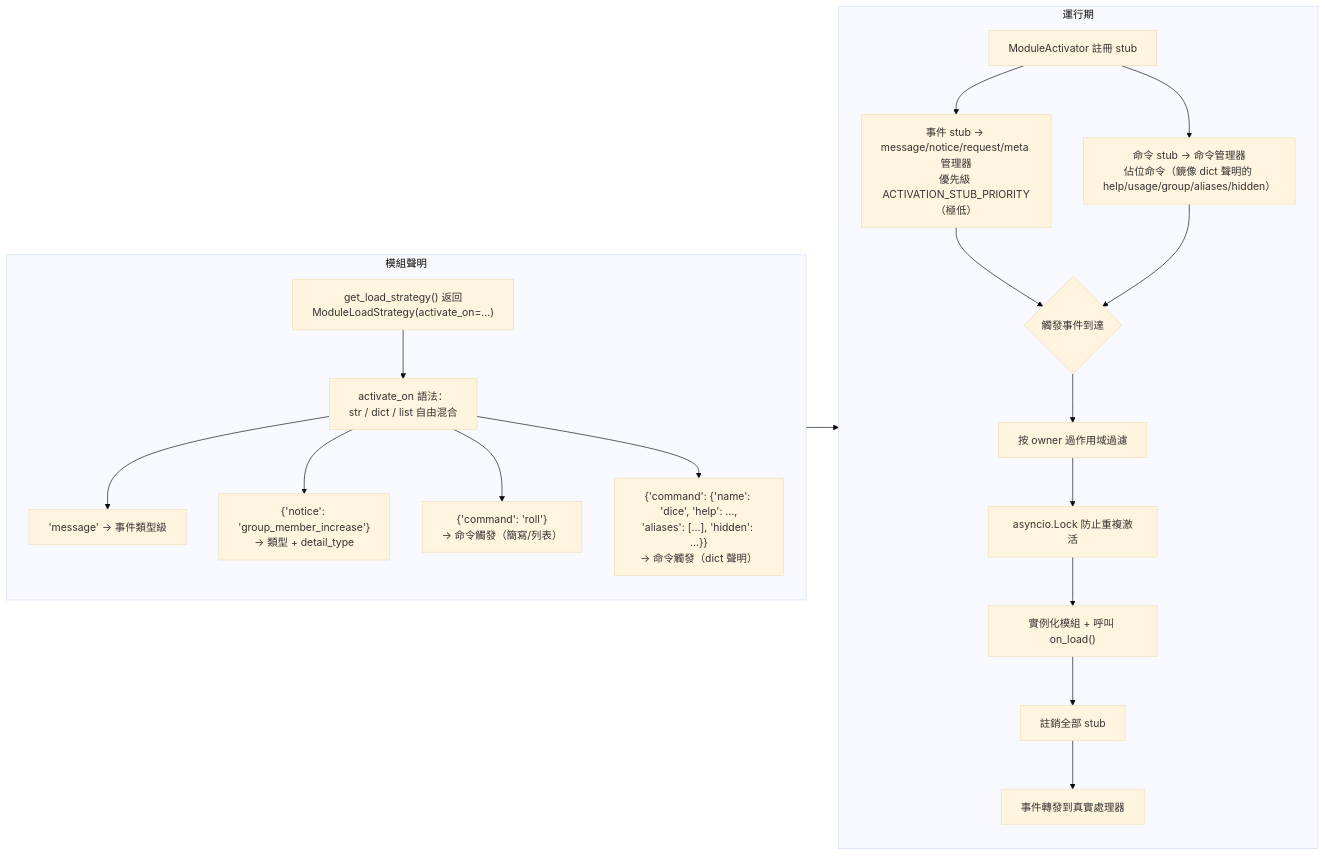
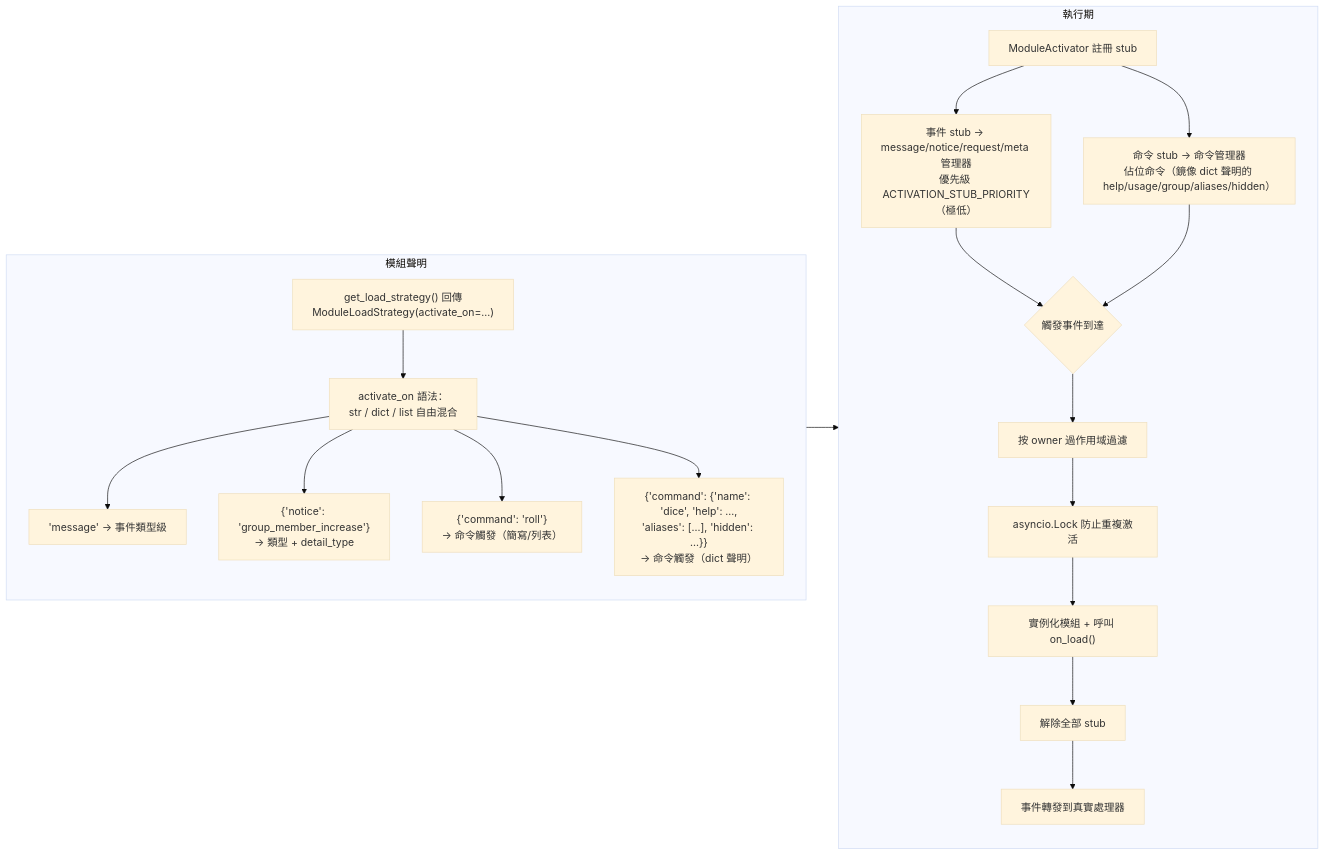
Before and after one commit to ErisPulse/ErisPulse: the seventh of 10 diagrams in docs/zh-TW/architecture.md, drawn with Mermaid (base theme). The commit also changed other lines of this file and 83 other files, not shown here.

````diff
--- a/docs/zh-TW/architecture.md
+++ b/docs/zh-TW/architecture.md
@@ -222,24 +222,24 @@
 ```mermaid
 flowchart LR
     subgraph Declare["模組聲明"]
-        S1["get_load_strategy() 返回<br/>ModuleLoadStrategy(activate_on=...)"] --> S2["activate_on 語法：<br/>str / dict / list 自由混合"]
+        S1["get_load_strategy() 回傳<br/>ModuleLoadStrategy(activate_on=...)"] --> S2["activate_on 語法：<br/>str / dict / list 自由混合"]
         S2 --> S2a["'message' → 事件類型級"]
         S2 --> S2b["{'notice': 'group_member_increase'}<br/>→ 類型 + detail_type"]
         S2 --> S2c["{'command': 'roll'}<br/>→ 命令觸發（簡寫/列表）"]
         S2 --> S2d["{'command': {'name': 'dice', 'help': ...,<br/>'aliases': [...], 'hidden': ...}}<br/>→ 命令觸發（dict 聲明）"]
     end
 
-    subgraph Runtime["運行期"]
+    subgraph Runtime["執行期"]
         R1["ModuleActivator 註冊 stub"] --> R1a["事件 stub → message/notice/request/meta 管理器<br/>優先級 ACTIVATION_STUB_PRIORITY（極低）"]
         R1 --> R1b["命令 stub → 命令管理器<br/>佔位命令（鏡像 dict 聲明的 help/usage/group/aliases/hidden）"]
         R1a --> R2{"觸發事件到達"}
         R1b --> R2
         R2 --> R3["按 owner 過作用域過濾"]
         R3 --> R4["asyncio.Lock 防止重複激活"]
         R4 --> R5["實例化模組 + 呼叫 on_load()"]
-        R5 --> R6["註銷全部 stub"]
+        R5 --> R6["解除全部 stub"]
         R6 --> R7["事件轉發到真實處理器"]
     end
 
     Declare --> Runtime
 ```
````
